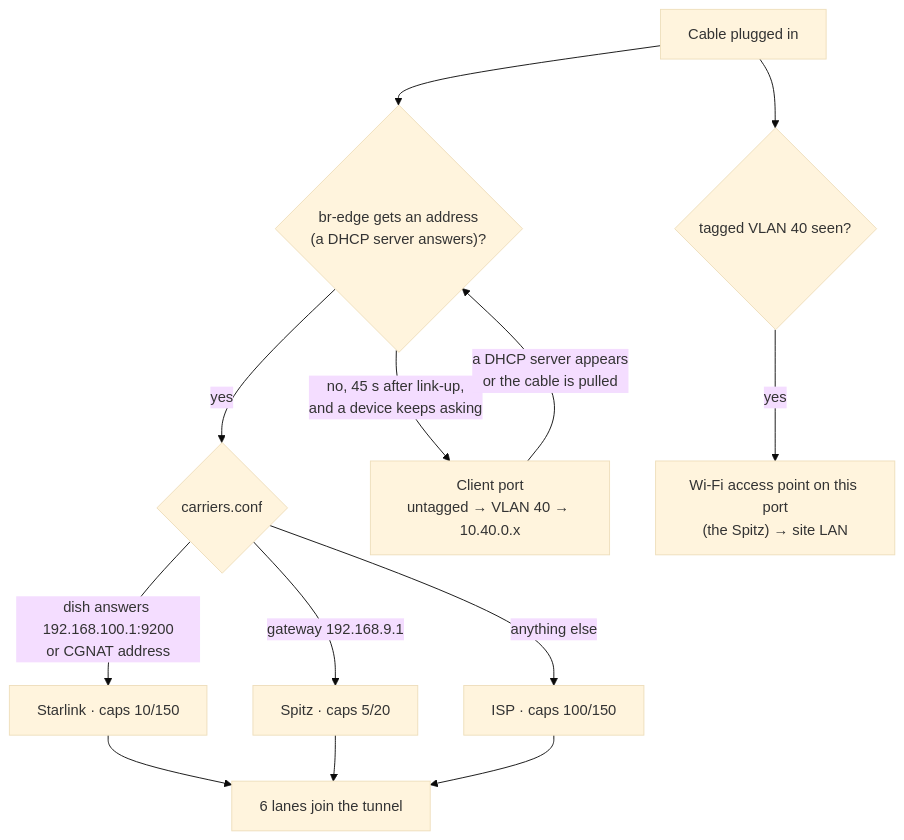
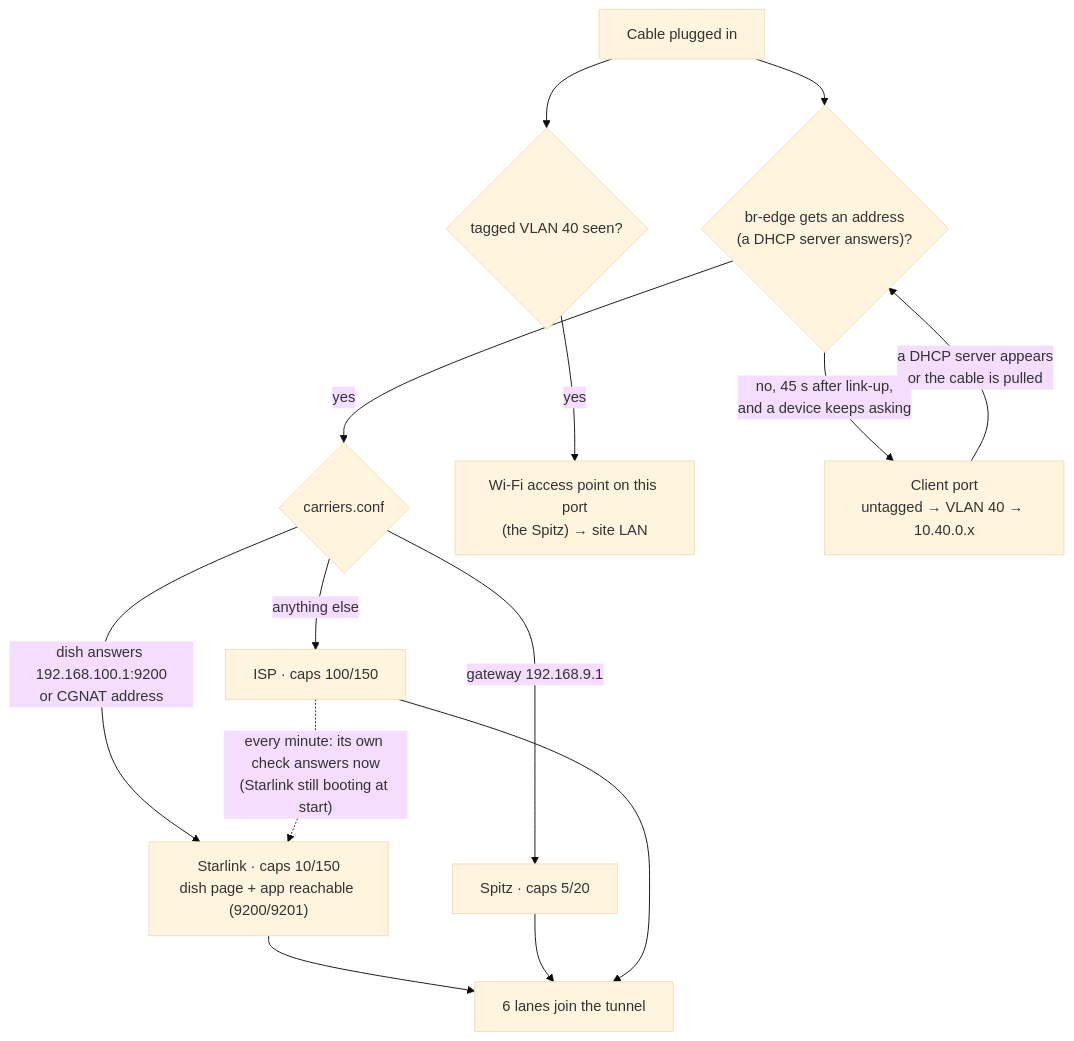
The third of 12 diagrams in survivability/multipath/docs/diagrams.md (JakeTheSnake0245/black-relay-2026), drawn with Mermaid (base theme) before and after one commit. The commit also changed other lines of this file and 9 other files, not shown here.

First line of the commit message:
Docs: diagrams PDF, current architecture and diagrams

````diff
--- a/survivability/multipath/docs/diagrams.md
+++ b/survivability/multipath/docs/diagrams.md
@@ -61,13 +62,14 @@
 ```mermaid
 flowchart TD
   P["Cable plugged in"] --> Q1{"br-edge gets an address<br/>(a DHCP server answers)?"}
   Q1 -- yes --> K{"carriers.conf"}
-  K -- "dish answers 192.168.100.1:9200<br/>or CGNAT address" --> SL["Starlink · caps 10/150"]
+  K -- "dish answers 192.168.100.1:9200<br/>or CGNAT address" --> SL["Starlink · caps 10/150<br/>dish page + app reachable (9200/9201)"]
   K -- "gateway 192.168.9.1" --> SP["Spitz · caps 5/20"]
   K -- "anything else" --> IS["ISP · caps 100/150"]
   SL & SP & IS --> L["6 lanes join the tunnel"]
   P --> W{"tagged VLAN 40 seen?"}
   W -- yes --> AP["Wi-Fi access point on this port<br/>(the Spitz) → site LAN"]
   Q1 -- "no, 45 s after link-up,<br/>and a device keeps asking" --> C["Client port<br/>untagged → VLAN 40 → 10.40.0.x"]
   C -- "a DHCP server appears<br/>or the cable is pulled" --> Q1
+  IS -. "every minute: its own check answers now<br/>(Starlink still booting at start)" .-> SL
 ```
````
